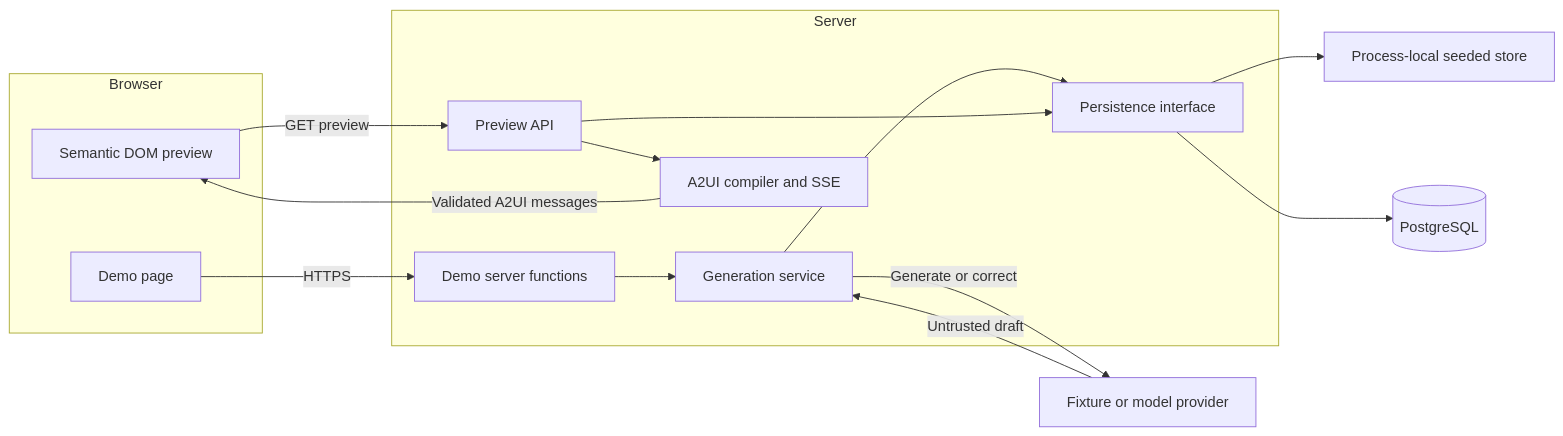
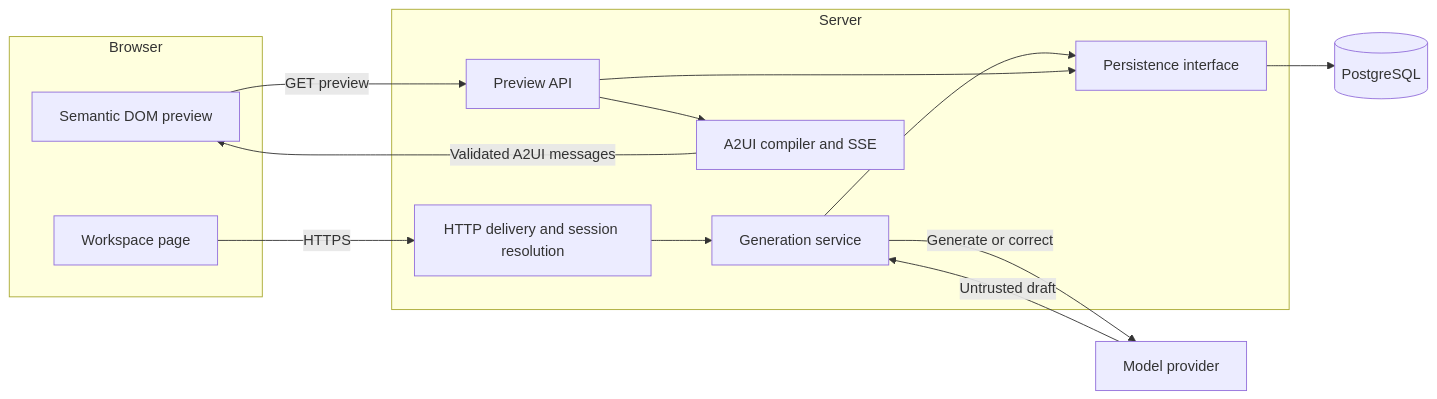
The first of 3 diagrams in ARCHITECTURE.md (abodacs/edu-canvas), drawn with Mermaid before and after one commit. The commit also changed other lines of this file and 65 other files, not shown here.

````diff
--- a/ARCHITECTURE.md
+++ b/ARCHITECTURE.md
@@ -23,25 +23,24 @@
 ```mermaid
 flowchart LR
     subgraph Browser
-        Page[Demo page]
+        Page[Workspace page]
         Preview[Semantic DOM preview]
     end
     subgraph Server
-        Functions[Demo server functions]
+        Functions[HTTP delivery and session resolution]
         Generation[Generation service]
         PreviewAPI[Preview API]
         Compiler[A2UI compiler and SSE]
         Persistence[Persistence interface]
     end
     Page -->|HTTPS| Functions
     Functions --> Generation
-    Generation -->|Generate or correct| Provider[Fixture or model provider]
+    Generation -->|Generate or correct| Provider[Model provider]
     Provider -->|Untrusted draft| Generation
     Generation --> Persistence
     Preview -->|GET preview| PreviewAPI
     PreviewAPI --> Persistence
     PreviewAPI --> Compiler
     Compiler -->|Validated A2UI messages| Preview
-    Persistence --> Seeded[Process-local seeded store]
     Persistence --> Database[(PostgreSQL)]
 ```
````
